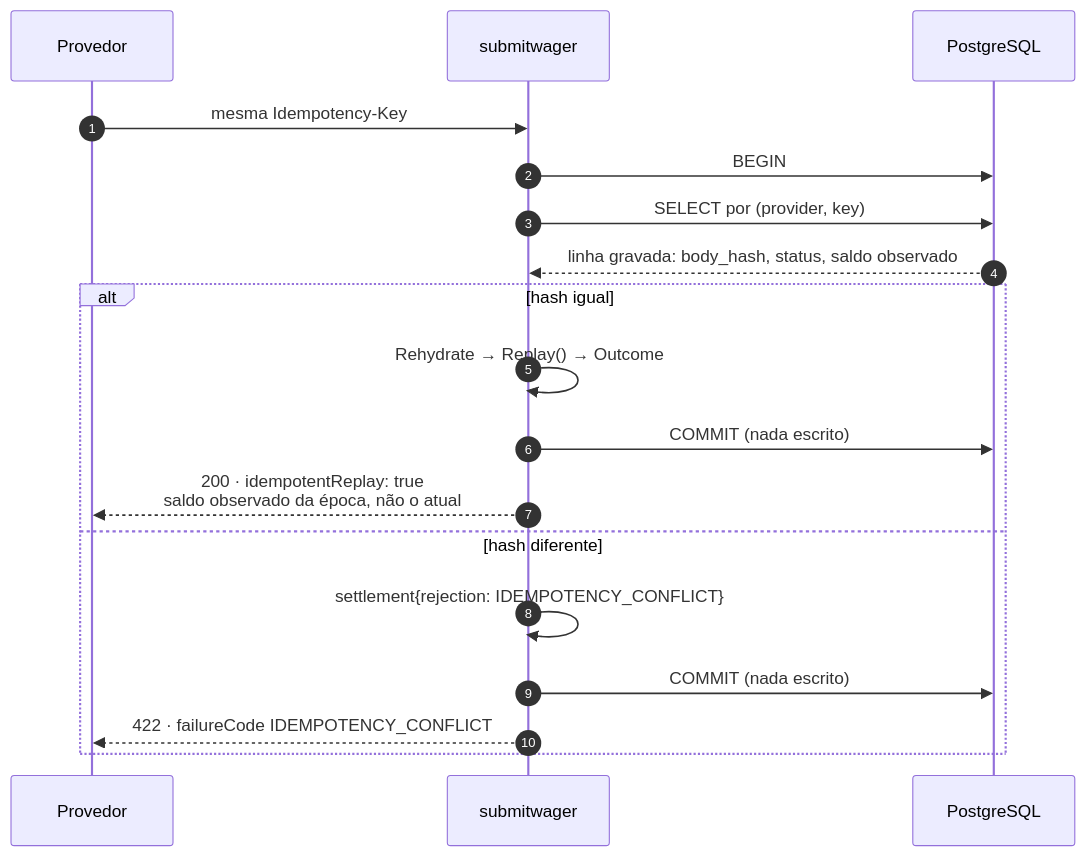
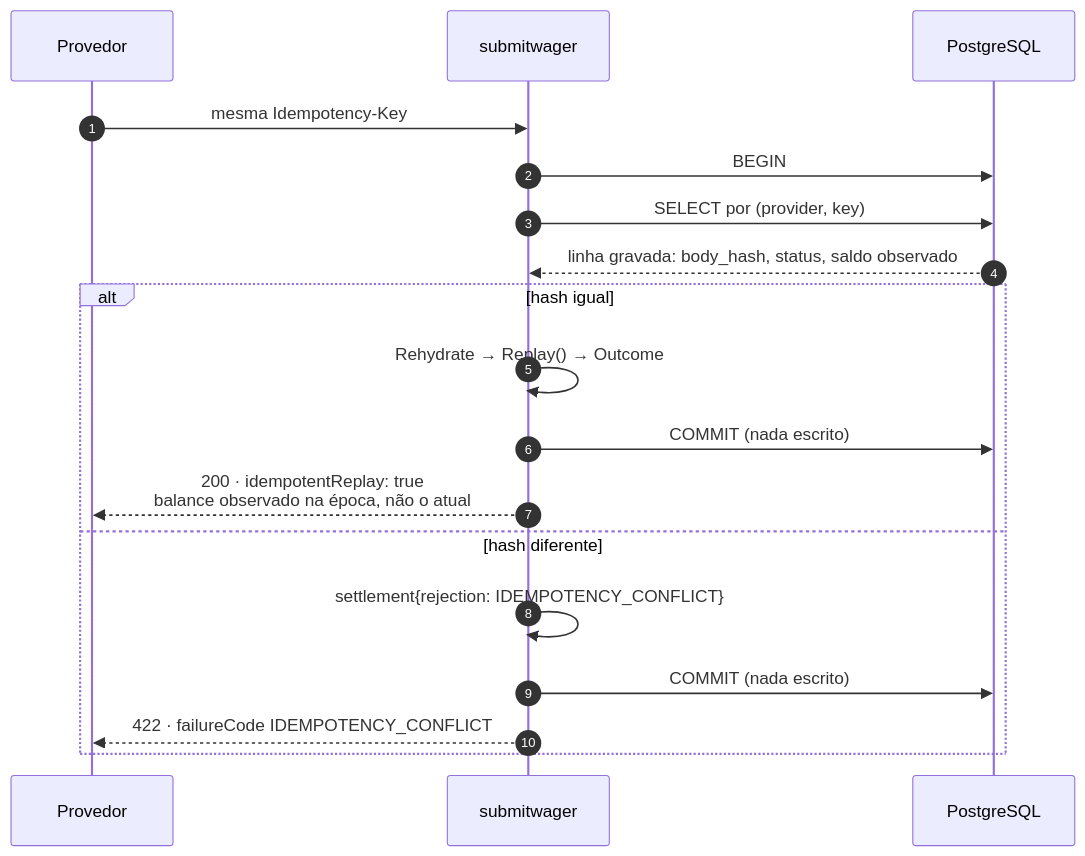
Before and after one commit to cassiusbessa/backend-challenge-go: the second of 8 diagrams in docs/04-fluxos.md, drawn with Mermaid. The commit also changed other lines of this file and 4 other files, not shown here.

````diff
--- a/docs/04-fluxos.md
+++ b/docs/04-fluxos.md
@@ -45,21 +45,21 @@
 ```mermaid
 sequenceDiagram
     autonumber
     participant P as Provedor
     participant U as submitwager
     participant PG as PostgreSQL
 
     P->>U: mesma Idempotency-Key
     U->>PG: BEGIN
     U->>PG: SELECT por (provider, key)
     PG-->>U: linha gravada: body_hash, status, saldo observado
     alt hash igual
         U->>U: Rehydrate → Replay() → Outcome
         U->>PG: COMMIT (nada escrito)
-        U-->>P: 200 · idempotentReplay: true<br/>saldo observado da época, não o atual
+        U-->>P: 200 · idempotentReplay: true<br/>balance observado na época, não o atual
     else hash diferente
         U->>U: settlement{rejection: IDEMPOTENCY_CONFLICT}
         U->>PG: COMMIT (nada escrito)
         U-->>P: 422 · failureCode IDEMPOTENCY_CONFLICT
     end
 ```
````
